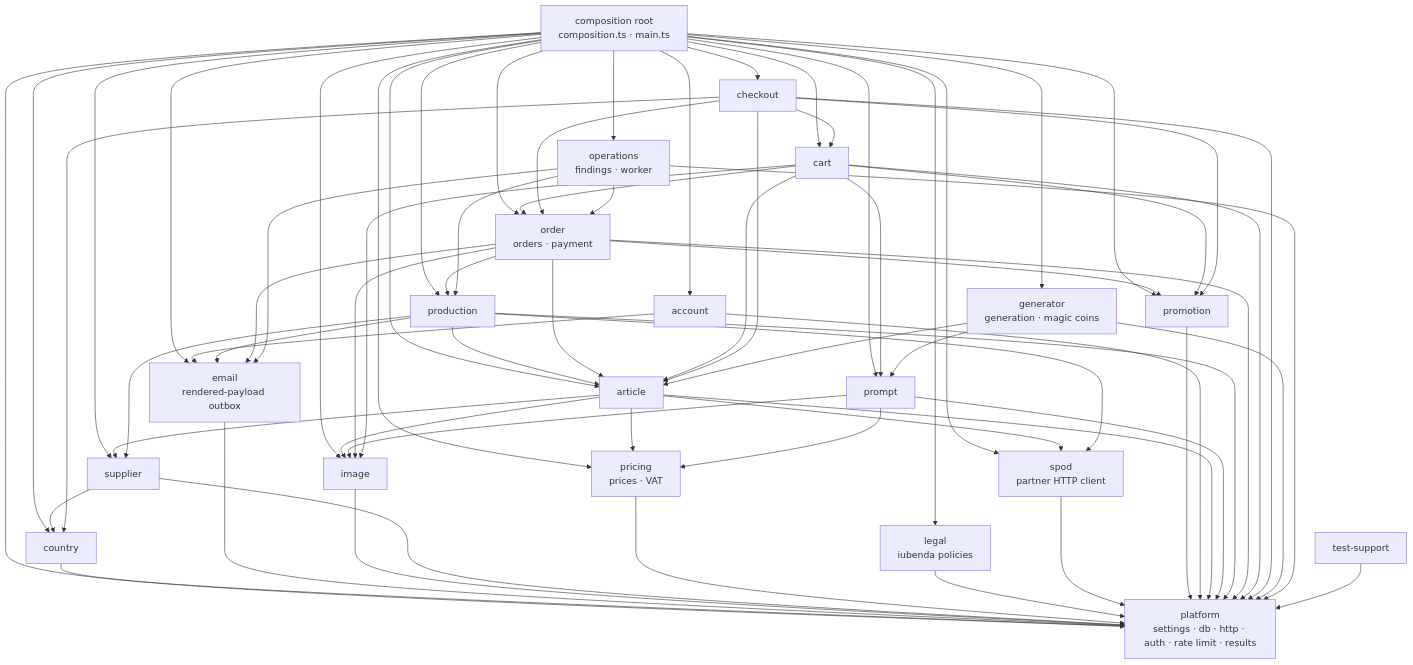
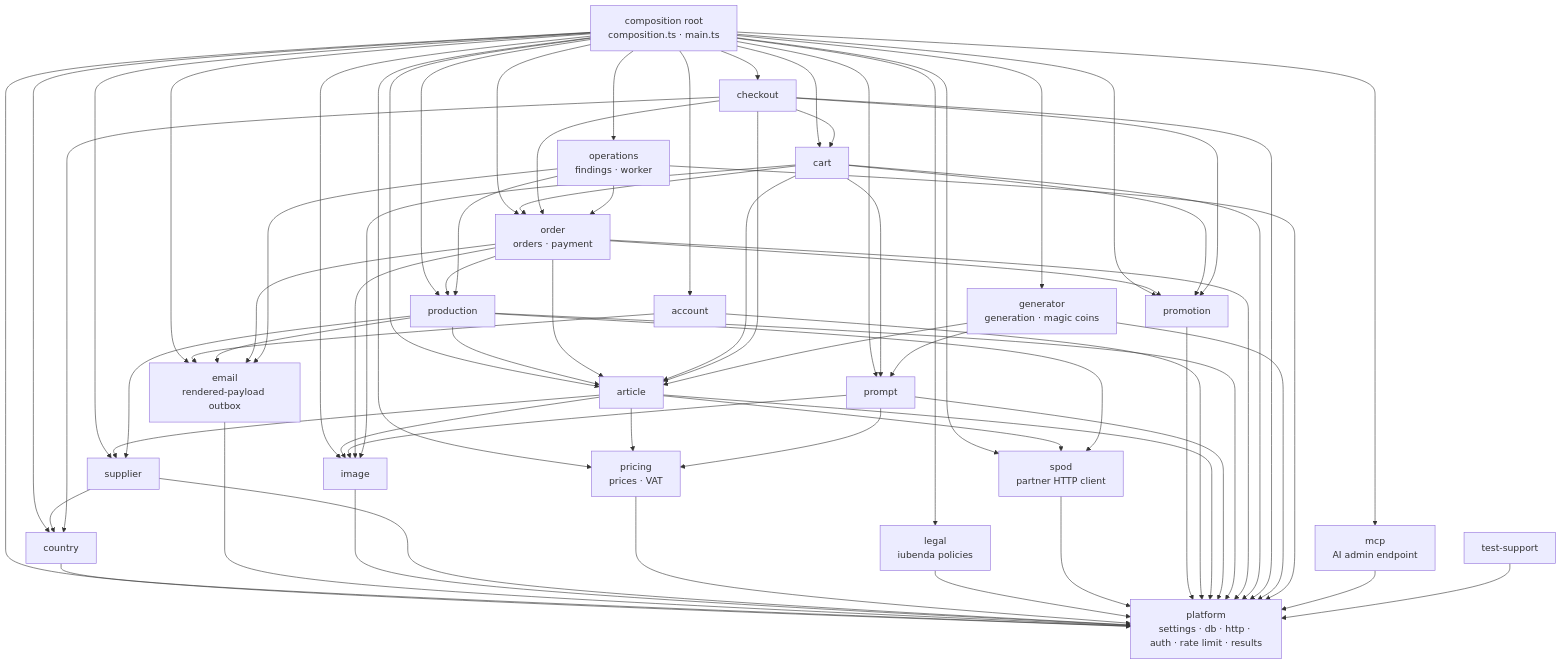
The diagram in docs/dev/backend/conventions/module-architecture.md (bitstorm-tech/voenix-shop-kotlin), drawn with Mermaid before and after one commit. The commit also changed other lines of this file and 19 other files, not shown here.

First line of the commit message:
Serve an MCP endpoint over the admin routes a token may call

````diff
--- a/docs/dev/backend/conventions/module-architecture.md
+++ b/docs/dev/backend/conventions/module-architecture.md
@@ -40,76 +40,78 @@
 ```mermaid
 flowchart TD
     Root["composition root<br/>composition.ts · main.ts"]
     Platform["platform<br/>settings · db · http · auth · rate limit · results"]
     Country["country"]
     Email["email<br/>rendered-payload outbox"]
     Image["image"]
     Supplier["supplier"]
     Pricing["pricing<br/>prices · VAT"]
     Spod["spod<br/>partner HTTP client"]
     Promotion["promotion"]
     Legal["legal<br/>iubenda policies"]
     Account["account"]
     Article["article"]
     Prompt["prompt"]
     Production["production"]
     Order["order<br/>orders · payment"]
     Cart["cart"]
     Checkout["checkout"]
     Generator["generator<br/>generation · magic coins"]
     Operations["operations<br/>findings · worker"]
+    Mcp["mcp<br/>AI admin endpoint"]
     TestSupport["test-support"]
 
     Root --> Platform
-    Root --> Country & Email & Image & Supplier & Pricing & Spod & Promotion & Legal & Account & Article & Prompt & Production & Order & Cart & Checkout & Generator & Operations
+    Root --> Country & Email & Image & Supplier & Pricing & Spod & Promotion & Legal & Account & Article & Prompt & Production & Order & Cart & Checkout & Generator & Operations & Mcp
     Country --> Platform
     Email --> Platform
     Image --> Platform
     Supplier --> Platform
     Supplier --> Country
     Pricing --> Platform
     Legal --> Platform
     Spod --> Platform
     Promotion --> Platform
     Account --> Platform
     Account --> Email
     Article --> Platform
     Article --> Image
     Article --> Pricing
     Article --> Supplier
     Article --> Spod
     Prompt --> Platform
     Prompt --> Image
     Prompt --> Pricing
     Production --> Platform
     Production --> Email
     Production --> Supplier
     Production --> Article
     Production --> Spod
     Order --> Platform
     Order --> Image
     Order --> Article
     Order --> Promotion
     Order --> Production
     Order --> Email
     Cart --> Platform
     Cart --> Image
     Cart --> Article
     Cart --> Prompt
     Cart --> Promotion
     Cart --> Order
     Checkout --> Platform
     Checkout --> Cart
     Checkout --> Promotion
     Checkout --> Order
     Checkout --> Country
     Checkout --> Article
     Generator --> Platform
     Generator --> Article
     Generator --> Prompt
     Operations --> Platform
     Operations --> Order
     Operations --> Production
     Operations --> Email
+    Mcp --> Platform
     TestSupport --> Platform
 ```
````
